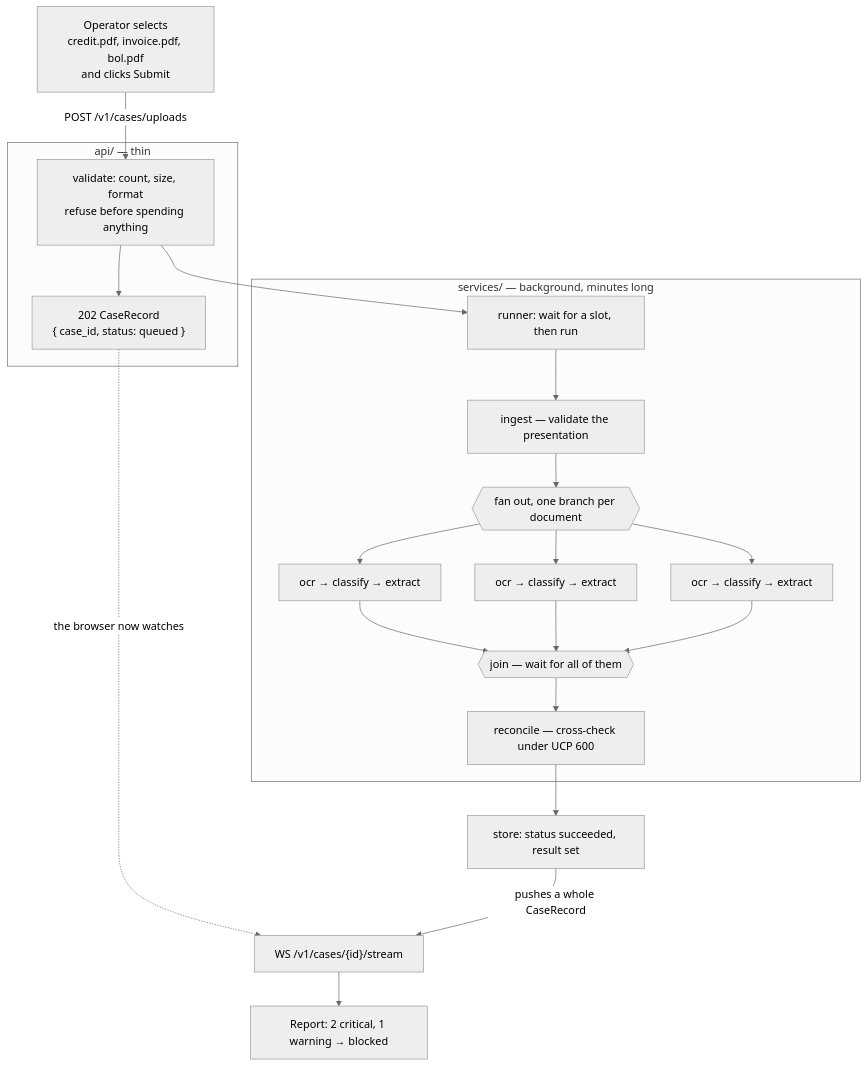
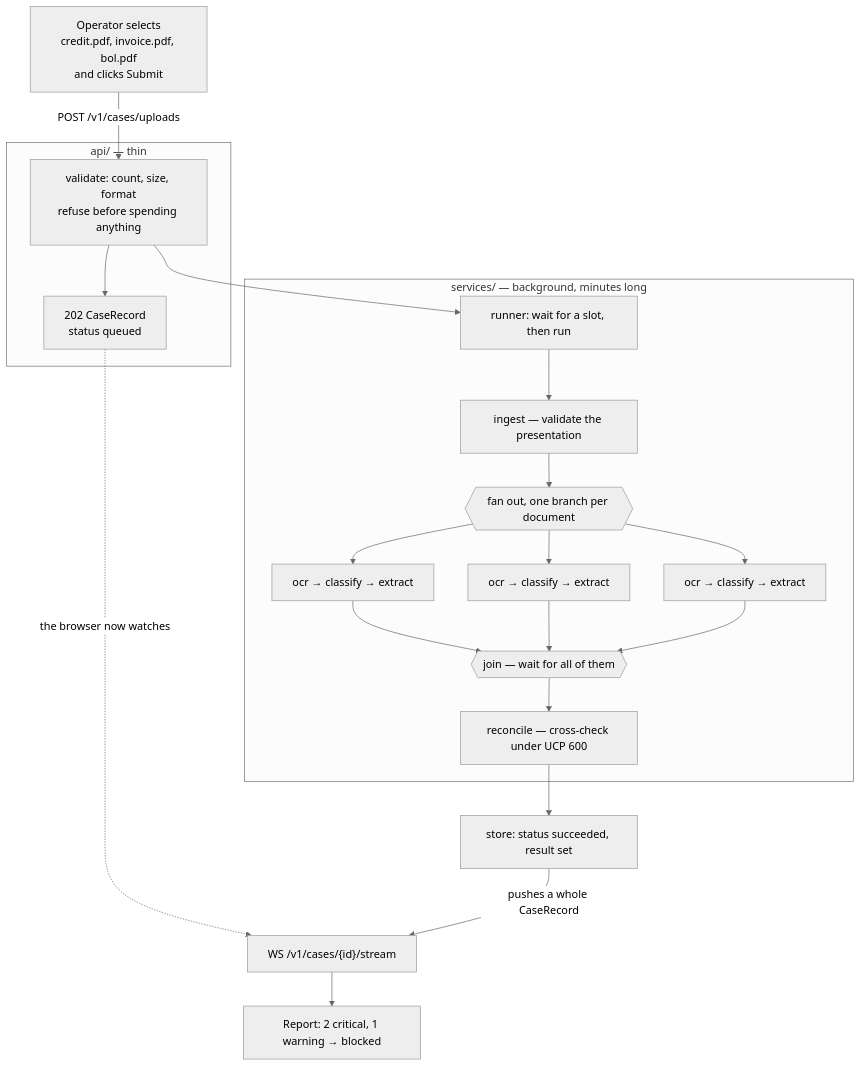
The first of 7 diagrams in backend/Detector/ARCHITECTURE.md (selvakumarperumal/Trade_Finance_Doc_Mismatch_Detector), drawn with Mermaid (neutral theme) before and after one commit. The commit also changed other lines of this file and 5 other files, not shown here.

Commit message:
docs: enrich ARCHITECTURE.md and subpackage READMEs with diagrams and technical deep dives

````diff
--- a/backend/Detector/ARCHITECTURE.md
+++ b/backend/Detector/ARCHITECTURE.md
@@ -22,28 +22,28 @@
 ```mermaid
 flowchart TD
     U["Operator selects<br/>credit.pdf, invoice.pdf, bol.pdf<br/>and clicks Submit"]
     U -->|"POST /v1/cases/uploads"| API
 
     subgraph HTTP["api/ — thin"]
         API["validate: count, size, format<br/>refuse before spending anything"]
-        API --> ACC["202 CaseRecord<br/>{ case_id, status: queued }"]
+        API --> ACC["202 CaseRecord<br/>status queued"]
     end
 
     ACC -.->|"the browser now watches"| WS["WS /v1/cases/{id}/stream"]
     API --> RUN
 
     subgraph BG["services/ — background, minutes long"]
         RUN["runner: wait for a slot, then run"]
         RUN --> ING["ingest — validate the presentation"]
         ING --> FAN{{"fan out, one branch per document"}}
         FAN --> B1["ocr → classify → extract"]
         FAN --> B2["ocr → classify → extract"]
         FAN --> B3["ocr → classify → extract"]
         B1 & B2 & B3 --> JOIN{{"join — wait for all of them"}}
         JOIN --> REC["reconcile — cross-check under UCP 600"]
     end
 
     REC --> STORE["store: status succeeded, result set"]
     STORE -->|"pushes a whole CaseRecord"| WS
     WS --> UI["Report: 2 critical, 1 warning → blocked"]
 ```
````
